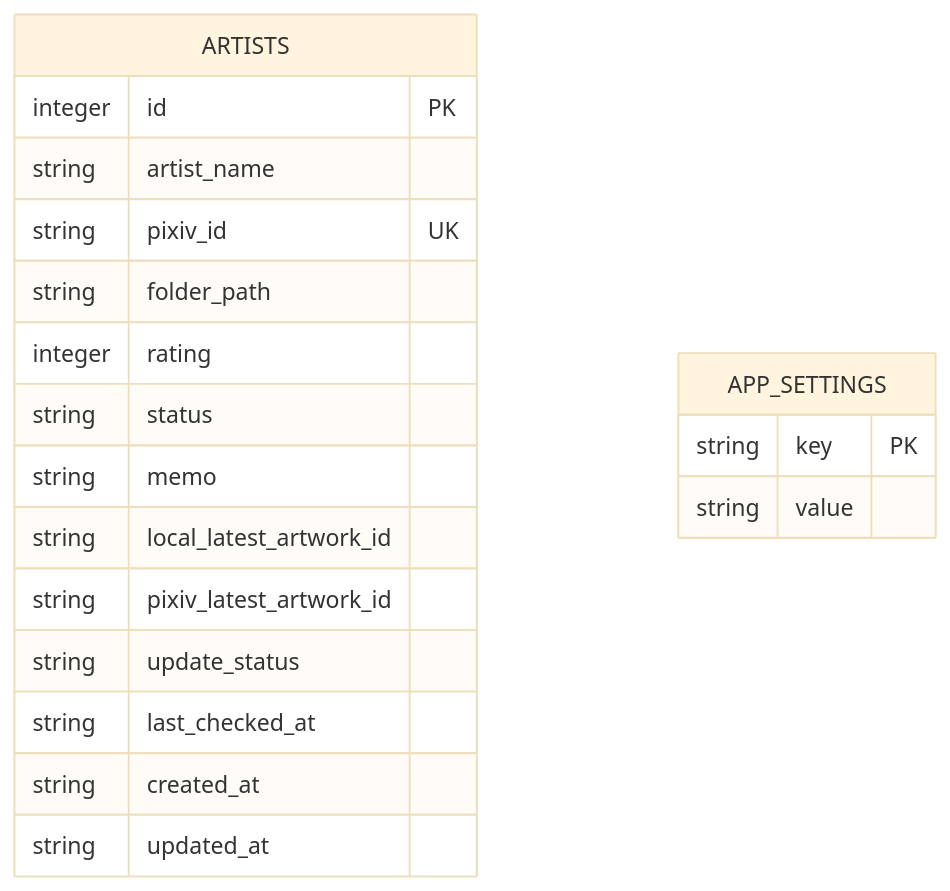
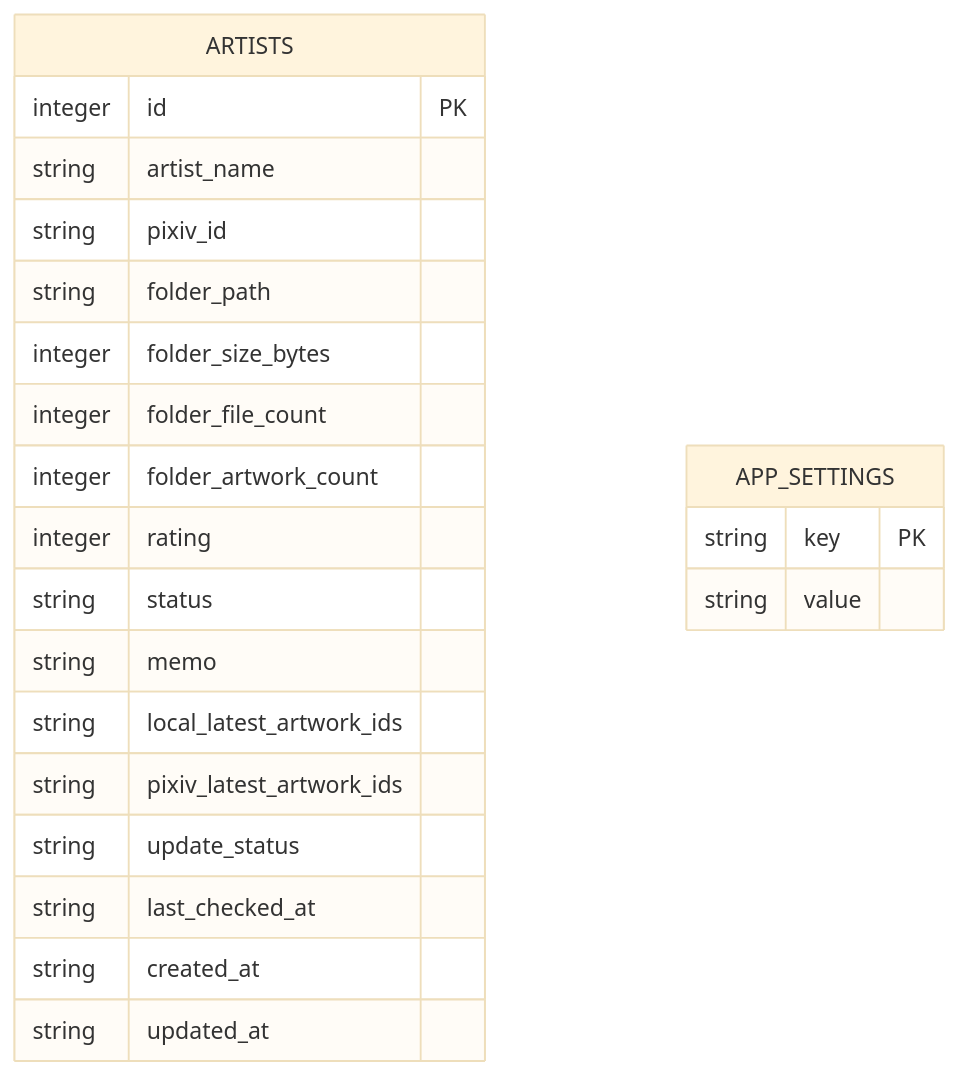
The diagram in docs/04_DATABASE.md (PKT0623/PixivLocalManager), drawn with Mermaid (base theme) before and after one commit. The commit also changed other lines of this file and 3 other files, not shown here.

````diff
--- a/docs/04_DATABASE.md
+++ b/docs/04_DATABASE.md
@@ -36,24 +36,32 @@
 ```mermaid
 erDiagram
 
 ARTISTS {
     integer id PK
     string artist_name
-    string pixiv_id UK
+    string pixiv_id
+
     string folder_path
+    integer folder_size_bytes
+    integer folder_file_count
+    integer folder_artwork_count
+
     integer rating
     string status
     string memo
-    string local_latest_artwork_id
-    string pixiv_latest_artwork_id
+
+    string local_latest_artwork_ids
+    string pixiv_latest_artwork_ids
+
     string update_status
     string last_checked_at
+
     string created_at
     string updated_at
 }
 
 APP_SETTINGS {
     string key PK
     string value
 }
 ```
````
